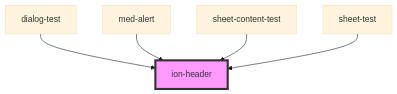
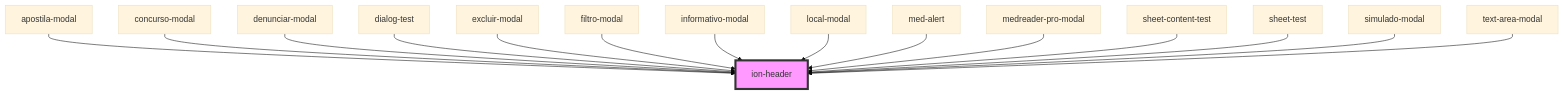
One commit to MEDGRUPOGIT/ionic-framework-1 changed the diagram in core/src/components/header/readme.md. Above: the diagram before and after it, drawn with Mermaid (base theme). The commit also changed other lines of this file and 19 other files, not shown here.

Commit message:
migração tela simulados modal local

````diff
--- a/core/src/components/header/readme.md
+++ b/core/src/components/header/readme.md
@@ -209,8 +219,18 @@
 ```mermaid
 graph TD;
+  apostila-modal --> ion-header
+  concurso-modal --> ion-header
+  denunciar-modal --> ion-header
   dialog-test --> ion-header
+  excluir-modal --> ion-header
+  filtro-modal --> ion-header
+  informativo-modal --> ion-header
+  local-modal --> ion-header
   med-alert --> ion-header
+  medreader-pro-modal --> ion-header
   sheet-content-test --> ion-header
   sheet-test --> ion-header
+  simulado-modal --> ion-header
+  text-area-modal --> ion-header
   style ion-header fill:#f9f,stroke:#333,stroke-width:4px
 ```
````
